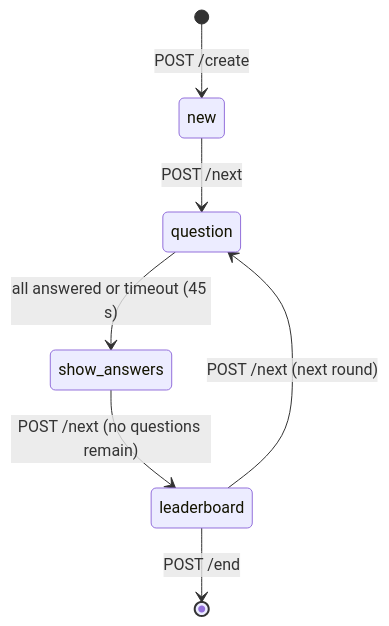
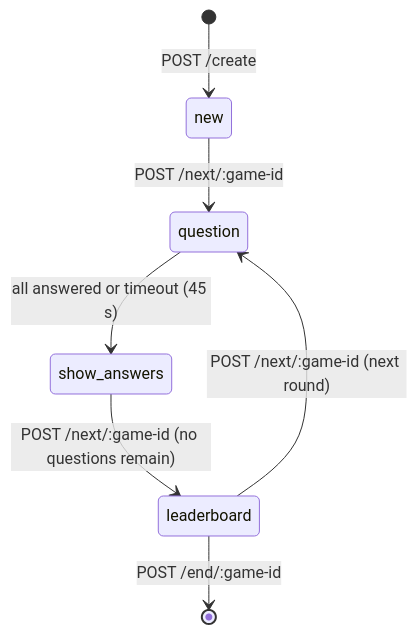
Before and after one commit to jindrichmynarz/localquiz: the fourth of 8 diagrams in data_flow.md, drawn with Mermaid. The commit also changed other lines of this file, not shown here.

Commit message:
Update data flow to reflect the divorce of game ID and moderator ID

````diff
--- a/data_flow.md
+++ b/data_flow.md
@@ -132,9 +132,9 @@
 ```mermaid
 stateDiagram-v2
     [*] --> new : POST /create
-    new --> question : POST /next
+    new --> question : POST /next/:game-id
     question --> show_answers : all answered or timeout (45 s)
-    show_answers --> leaderboard : POST /next (no questions remain)
-    leaderboard --> question : POST /next (next round)
-    leaderboard --> [*] : POST /end
+    show_answers --> leaderboard : POST /next/:game-id (no questions remain)
+    leaderboard --> question : POST /next/:game-id (next round)
+    leaderboard --> [*] : POST /end/:game-id
 ```
````
